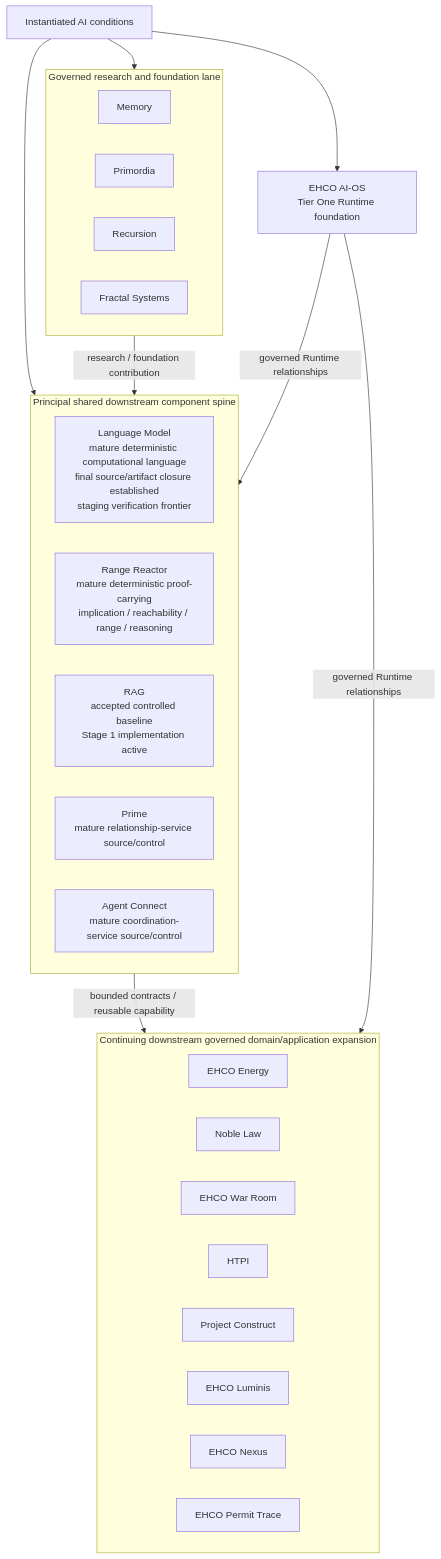
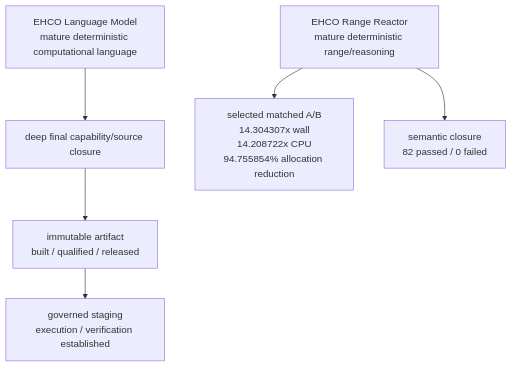
The third of 4 diagrams in architecture/diagrams/README.md (EHCOnomics-Systems/EHCOsystem), drawn with Mermaid before and after one commit. The commit also changed other lines of this file, not shown here.

Commit message:
Make architecture diagrams current and resting-state durable

````diff
--- a/architecture/diagrams/README.md
+++ b/architecture/diagrams/README.md
@@ -71,39 +57,14 @@
 ```mermaid
 flowchart TD
-    CAT[Instantiated AI conditions]
-    RT[EHCO AI-OS<br/>Tier One Runtime foundation]
+    LM[EHCO Language Model<br/>mature deterministic computational language]
+    LMA[deep final capability/source closure]
+    LMB[immutable artifact<br/>built / qualified / released]
+    LMC[governed staging<br/>execution / verification established]
+    RR[EHCO Range Reactor<br/>mature deterministic range/reasoning]
+    RRM[selected matched A/B<br/>14.304307x wall<br/>14.208722x CPU<br/>94.755854% allocation reduction]
+    RRS[semantic closure<br/>82 passed / 0 failed]
 
-    subgraph Spine[Principal shared downstream component spine]
-        LM[Language Model<br/>mature deterministic computational language<br/>final source/artifact closure established<br/>staging verification frontier]
-        RR[Range Reactor<br/>mature deterministic proof-carrying<br/>implication / reachability / range / reasoning]
-        RAG[RAG<br/>accepted controlled baseline<br/>Stage 1 implementation active]
-        PRIME[Prime<br/>mature relationship-service source/control]
-        AC[Agent Connect<br/>mature coordination-service source/control]
-    end
-
-    subgraph Research[Governed research and foundation lane]
-        MEM[Memory]
-        PRIM[Primordia]
-        REC[Recursion]
-        FRA[Fractal Systems]
-    end
-
-    subgraph Apps[Continuing downstream governed domain/application expansion]
-        EN[EHCO Energy]
-        NL[Noble Law]
-        WR[EHCO War Room]
-        H[HTPI]
-        PC[Project Construct]
-        LU[EHCO Luminis]
-        N[EHCO Nexus]
-        PT[EHCO Permit Trace]
-    end
-
-    CAT --> RT
-    CAT --> Spine
-    CAT --> Research
-    Spine -->|bounded contracts / reusable capability| Apps
-    Research -->|research / foundation contribution| Spine
-    RT -->|governed Runtime relationships| Spine
-    RT -->|governed Runtime relationships| Apps
+    LM --> LMA --> LMB --> LMC
+    RR --> RRM
+    RR --> RRS
 ```
````
